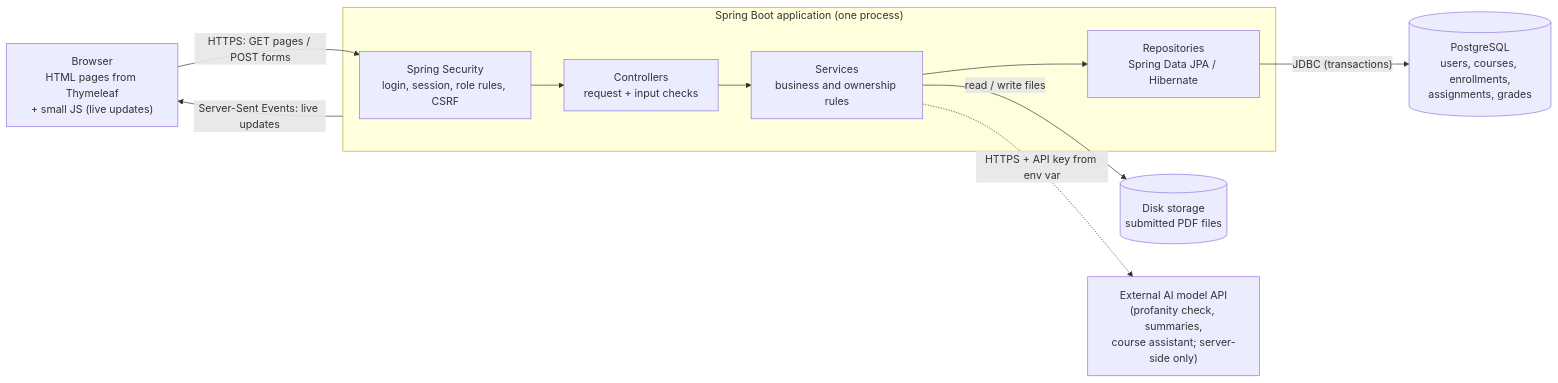
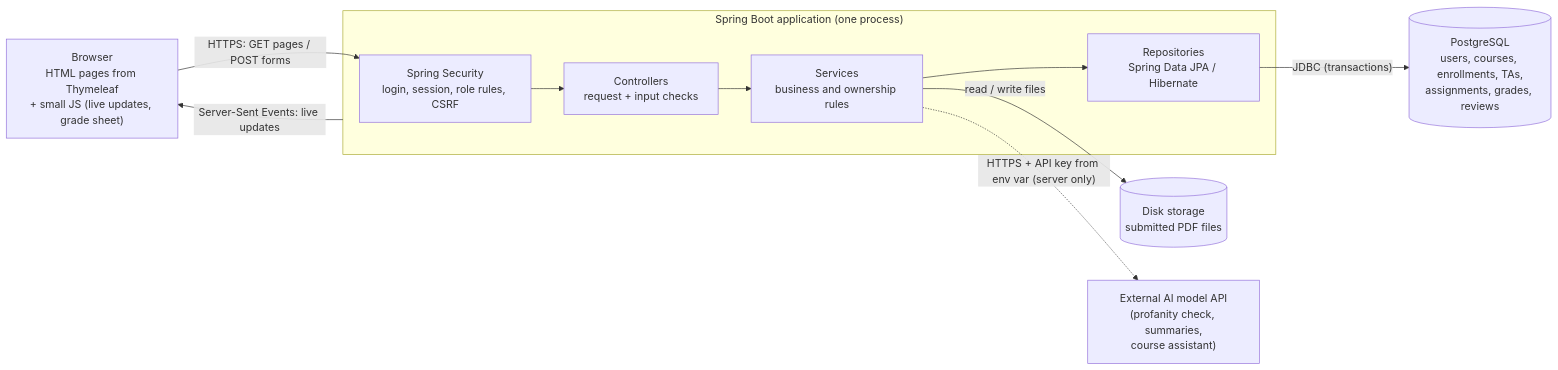
Before and after one commit to sherviiinn/TAHub: the third of 4 diagrams in README.md, drawn with Mermaid. The commit also changed other lines of this file and 1 other file, not shown here.

````diff
--- a/README.md
+++ b/README.md
@@ -286,22 +429,22 @@
 ```mermaid
 flowchart LR
-    Browser["Browser<br/>HTML pages from Thymeleaf<br/>+ small JS (live updates)"]
+    Browser["Browser<br/>HTML pages from Thymeleaf<br/>+ small JS (live updates, grade sheet)"]
 
     subgraph Server ["Spring Boot application (one process)"]
         Sec["Spring Security<br/>login, session, role rules, CSRF"]
         Ctl["Controllers<br/>request + input checks"]
         Svc["Services<br/>business and ownership rules"]
         Repo["Repositories<br/>Spring Data JPA / Hibernate"]
         Sec --> Ctl --> Svc --> Repo
     end
 
-    DB[("PostgreSQL<br/>users, courses, enrollments,<br/>assignments, grades")]
+    DB[("PostgreSQL<br/>users, courses, enrollments, TAs,<br/>assignments, grades, reviews")]
     Files[("Disk storage<br/>submitted PDF files")]
-    AI["External AI model API<br/>(profanity check, summaries,<br/>course assistant; server-side only)"]
+    AI["External AI model API<br/>(profanity check, summaries,<br/>course assistant)"]
 
     Browser -- "HTTPS: GET pages / POST forms" --> Sec
     Server -- "Server-Sent Events: live updates" --> Browser
     Repo -- "JDBC (transactions)" --> DB
     Svc -- "read / write files" --> Files
-    Svc -. "HTTPS + API key from env var" .-> AI
+    Svc -. "HTTPS + API key from env var (server only)" .-> AI
 ```
````
